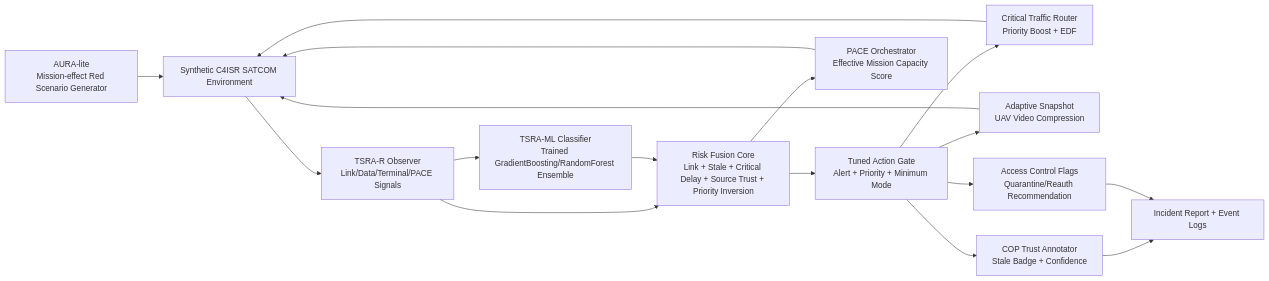
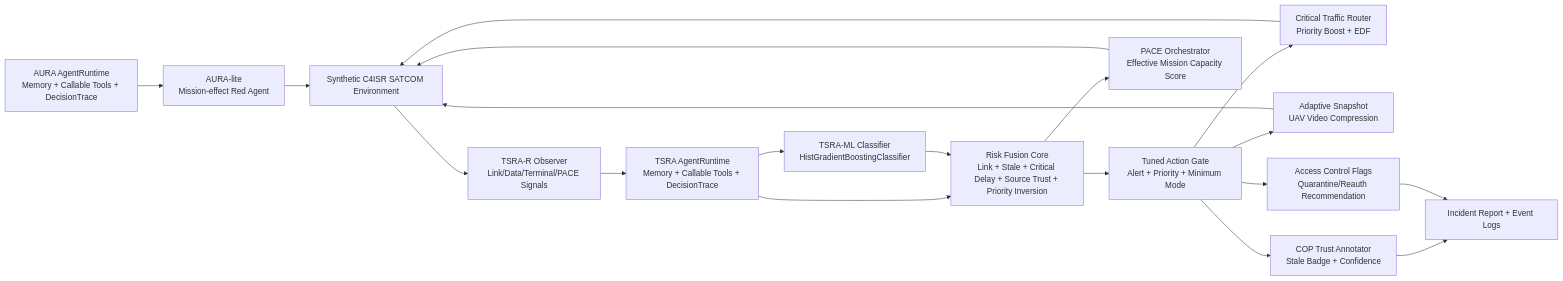
The diagram in docs/architecture.md (Hbin77/LIG_DAH_AGI), drawn with Mermaid before and after one commit. The commit also changed other lines of this file and 32 other files, not shown here.

````diff
--- a/docs/architecture.md
+++ b/docs/architecture.md
@@ -15,19 +15,21 @@
 ```mermaid
 flowchart LR
-    RED["AURA-lite<br/>Mission-effect Red Scenario Generator"] --> ENV["Synthetic C4ISR SATCOM Environment"]
+    REDRT["AURA AgentRuntime<br/>Memory + Callable Tools + DecisionTrace"] --> RED["AURA-lite<br/>Mission-effect Red Agent"]
+    RED --> ENV["Synthetic C4ISR SATCOM Environment"]
     ENV --> OBS["TSRA-R Observer<br/>Link/Data/Terminal/PACE Signals"]
-    OBS --> RISK["Risk Fusion Core<br/>Link + Stale + Critical Delay + Source Trust + Priority Inversion"]
-    OBS --> ML["TSRA-ML Classifier<br/>Trained GradientBoosting/RandomForest Ensemble"]
+    OBS --> BLUERT["TSRA AgentRuntime<br/>Memory + Callable Tools + DecisionTrace"]
+    BLUERT --> RISK["Risk Fusion Core<br/>Link + Stale + Critical Delay + Source Trust + Priority Inversion"]
+    BLUERT --> ML["TSRA-ML Classifier<br/>HistGradientBoostingClassifier"]
     ML --> RISK
     RISK --> POLICY["Tuned Action Gate<br/>Alert + Priority + Minimum Mode"]
     POLICY --> ROUTE["Critical Traffic Router<br/>Priority Boost + EDF"]
     RISK --> PACE["PACE Orchestrator<br/>Effective Mission Capacity Score"]
     POLICY --> SNAP["Adaptive Snapshot<br/>UAV Video Compression"]
     POLICY --> COP["COP Trust Annotator<br/>Stale Badge + Confidence"]
     POLICY --> ACCESS["Access Control Flags<br/>Quarantine/Reauth Recommendation"]
     ROUTE --> ENV
     PACE --> ENV
     SNAP --> ENV
     COP --> REPORT["Incident Report + Event Logs"]
     ACCESS --> REPORT
 ```
````
